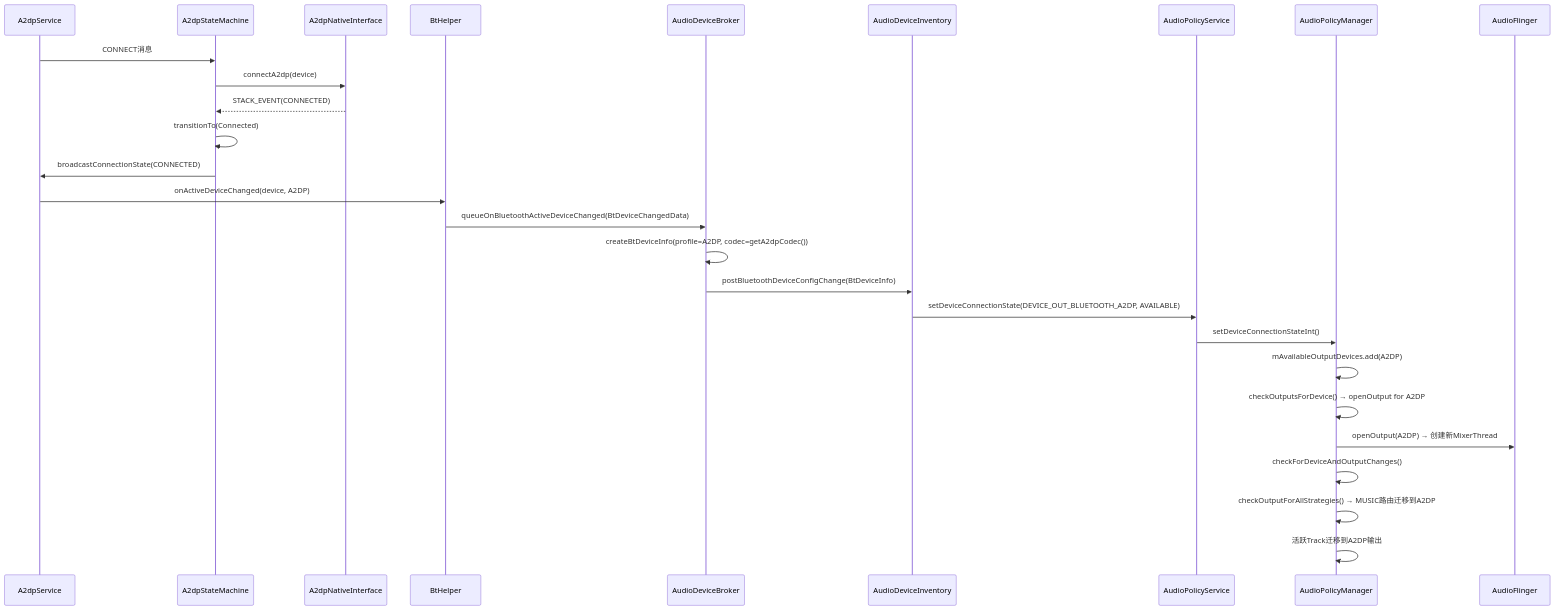
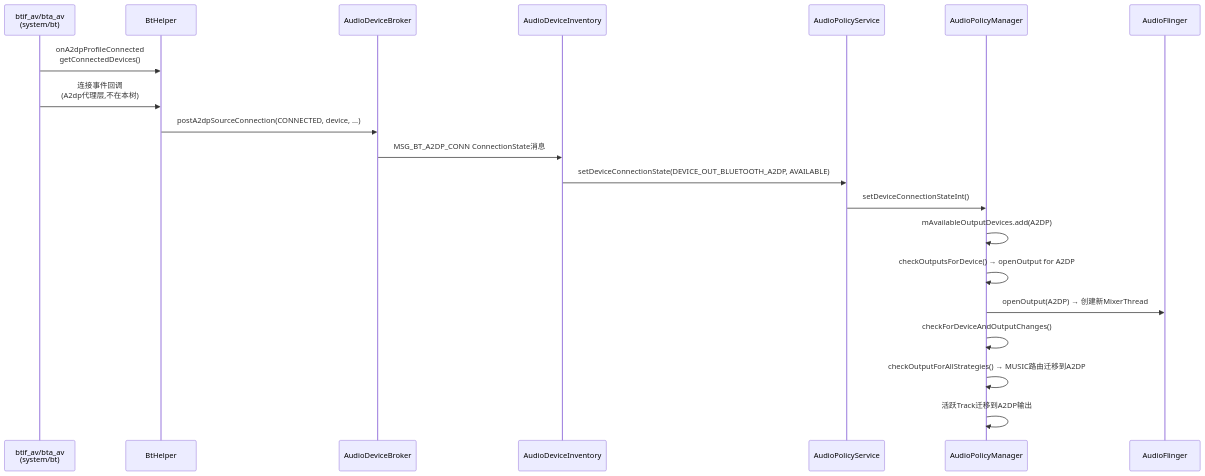
One commit to yanglinzhen1022/SA8295_AAOS_QNX_Audio_KnowledgeBase changed the second of 7 diagrams in 14_Bluetooth_Audio/14_14.2_A2DP-高级音频分发协议.md. Above: the diagram before and after it, drawn with Mermaid. The commit also changed other lines of this file and 11 other files, not shown here.

````diff
--- a/14_Bluetooth_Audio/14_14.2_A2DP-高级音频分发协议.md
+++ b/14_Bluetooth_Audio/14_14.2_A2DP-高级音频分发协议.md
@@ -87,30 +55,23 @@
 ```mermaid
 sequenceDiagram
-    participant BT as A2dpService
-    participant SM as A2dpStateMachine
-    participant NI as A2dpNativeInterface
+    participant BT as btif_av/bta_av<br>(system/bt)
     participant BTH as BtHelper
     participant ADB as AudioDeviceBroker
     participant ADI as AudioDeviceInventory
     participant APS as AudioPolicyService
     participant APM as AudioPolicyManager
     participant AF as AudioFlinger
 
-    BT->>SM: CONNECT消息
-    SM->>NI: connectA2dp(device)
-    NI-->>SM: STACK_EVENT(CONNECTED)
-    SM->>SM: transitionTo(Connected)
-    SM->>BT: broadcastConnectionState(CONNECTED)
-    BT->>BTH: onActiveDeviceChanged(device, A2DP)
-    BTH->>ADB: queueOnBluetoothActiveDeviceChanged(BtDeviceChangedData)
-    ADB->>ADB: createBtDeviceInfo(profile=A2DP, codec=getA2dpCodec())
-    ADB->>ADI: postBluetoothDeviceConfigChange(BtDeviceInfo)
+    BT->>BTH: onA2dpProfileConnected<br>getConnectedDevices()
+    BT->>BTH: 连接事件回调<br>(A2dp代理层,不在本树)
+    BTH->>ADB: postA2dpSourceConnection(CONNECTED, device, ...)
+    ADB->>ADI: MSG_BT_A2DP_CONN ConnectionState消息
     ADI->>APS: setDeviceConnectionState(DEVICE_OUT_BLUETOOTH_A2DP, AVAILABLE)
     APS->>APM: setDeviceConnectionStateInt()
     APM->>APM: mAvailableOutputDevices.add(A2DP)
     APM->>APM: checkOutputsForDevice() → openOutput for A2DP
     APM->>AF: openOutput(A2DP) → 创建新MixerThread
     APM->>APM: checkForDeviceAndOutputChanges()
     APM->>APM: checkOutputForAllStrategies() → MUSIC路由迁移到A2DP
     APM->>APM: 活跃Track迁移到A2DP输出
 ```
````
